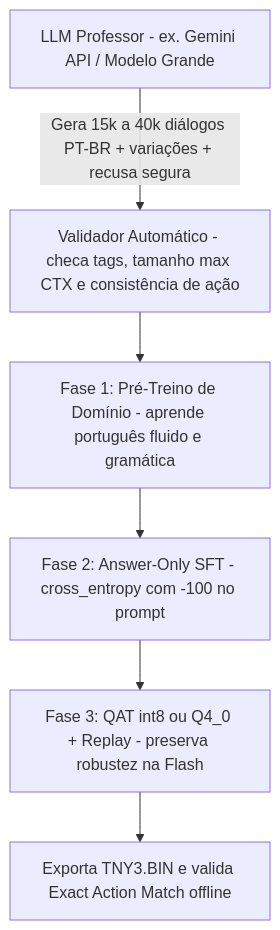
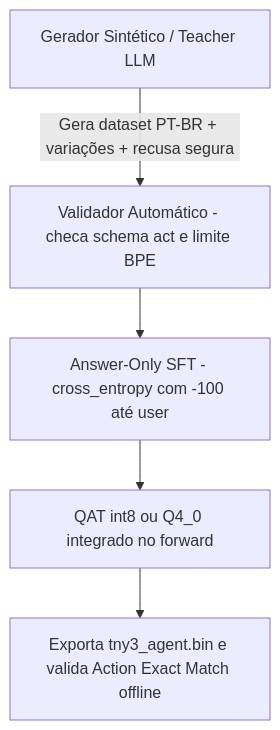
Before and after one commit to luizcf14/Tiny-2.1-ESP32_portable: the diagram in curso/modulo-05-fabrica-dados-destilacao/README.md, drawn with Mermaid. The commit also changed other lines of this file and 22 other files, not shown here.

Commit message:
feat: add modules 04, 05, and 06 for ESP32 LLM course architecture, distillation, and SIMD agent

````diff
--- a/curso/modulo-05-fabrica-dados-destilacao/README.md
+++ b/curso/modulo-05-fabrica-dados-destilacao/README.md
@@ -54,8 +56,7 @@
 ```mermaid
 flowchart TD
-    T["LLM Professor - ex. Gemini API / Modelo Grande"] -->|"Gera 15k a 40k diálogos PT-BR + variações + recusa segura"| VAL["Validador Automático - checa tags, tamanho max CTX e consistência de ação"]
-    VAL --> PT["Fase 1: Pré-Treino de Domínio - aprende português fluido e gramática"]
-    PT --> SFT["Fase 2: Answer-Only SFT - cross_entropy com -100 no prompt"]
-    SFT --> QAT["Fase 3: QAT int8 ou Q4_0 + Replay - preserva robustez na Flash"]
-    QAT --> EXP["Exporta TNY3.BIN e valida Exact Action Match offline"]
+    T["Gerador Sintético / Teacher LLM"] -->|"Gera dataset PT-BR + variações + recusa segura"| VAL["Validador Automático - checa schema act e limite BPE"]
+    VAL --> SFT["Answer-Only SFT - cross_entropy com -100 até user"]
+    SFT --> QAT["QAT int8 ou Q4_0 integrado no forward"]
+    QAT --> EXP["Exporta tny3_agent.bin e valida Action Exact Match offline"]
 ```
````
